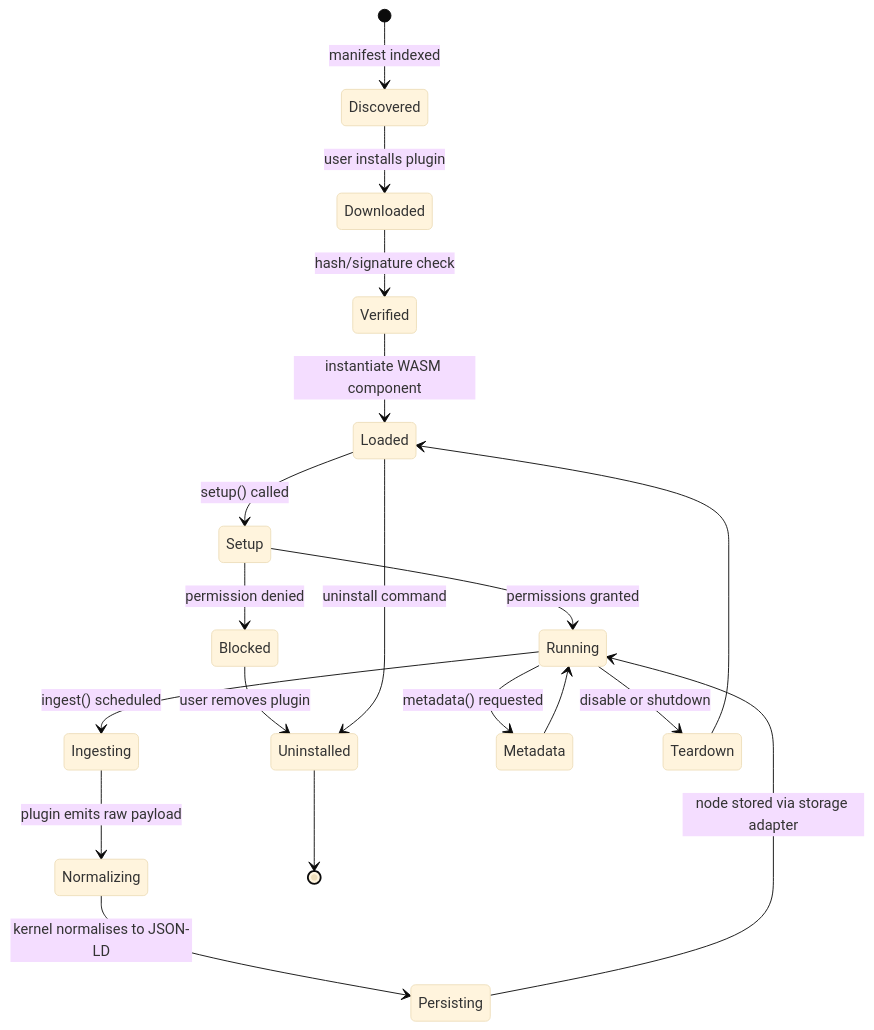
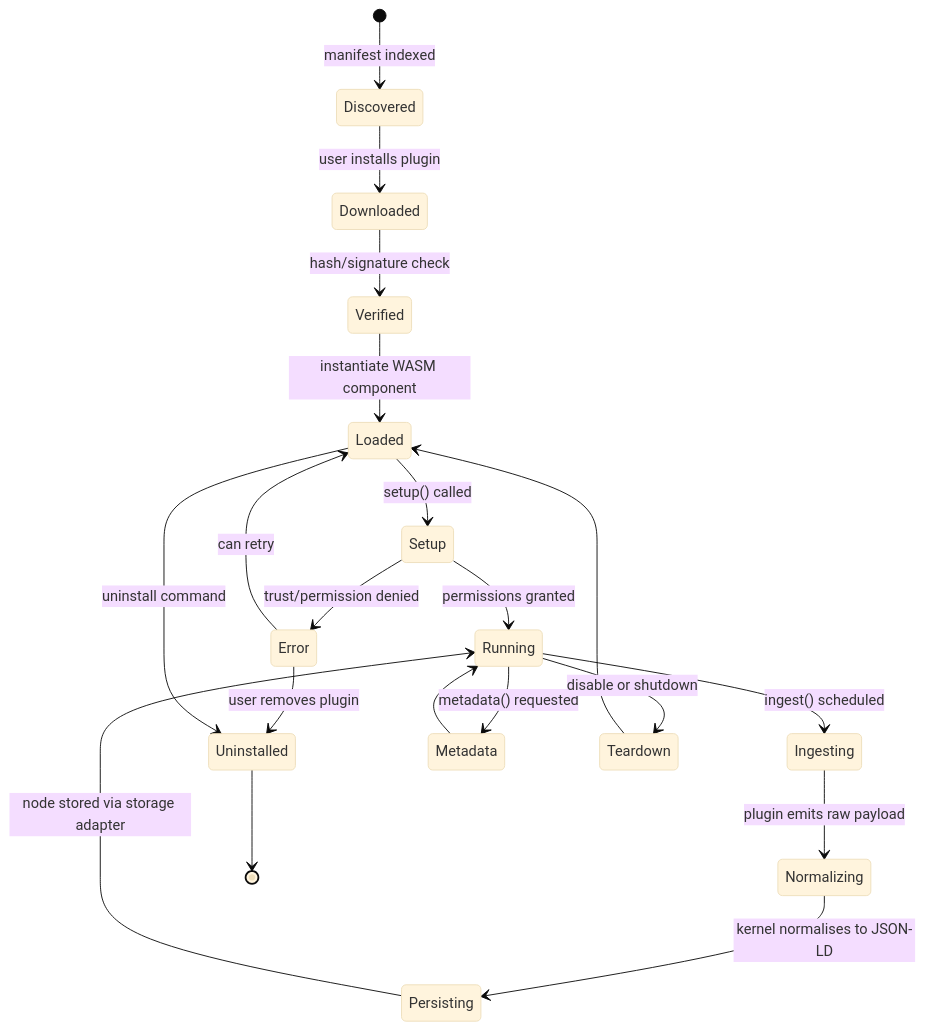
One commit to aretw0/refarm changed the diagram in specs/diagrams/plugin-lifecycle.mermaid. Above: the diagram before and after it, drawn with Mermaid (base theme). The commit also changed 8 other files, not shown here.

First line of the commit message:
fix(diagrams): correct 4 inaccuracies found in audit

```diff
--- a/specs/diagrams/plugin-lifecycle.mermaid
+++ b/specs/diagrams/plugin-lifecycle.mermaid
@@ -1,23 +1,24 @@
 stateDiagram-v2
   [*] --> Discovered: manifest indexed
   Discovered --> Downloaded: user installs plugin
   Downloaded --> Verified: hash/signature check
   Verified --> Loaded: instantiate WASM component
   Loaded --> Setup: setup() called
   Setup --> Running: permissions granted
-  Setup --> Blocked: permission denied
-  Blocked --> Uninstalled: user removes plugin
+  Setup --> Error: trust/permission denied
+  Error --> Loaded: can retry
+  Error --> Uninstalled: user removes plugin
 
   Running --> Ingesting: ingest() scheduled
   Ingesting --> Normalizing: plugin emits raw payload
   Normalizing --> Persisting: kernel normalises to JSON-LD
   Persisting --> Running: node stored via storage adapter
 
   Running --> Metadata: metadata() requested
   Metadata --> Running
 
   Running --> Teardown: disable or shutdown
   Teardown --> Loaded
 
   Loaded --> Uninstalled: uninstall command
   Uninstalled --> [*]
```
